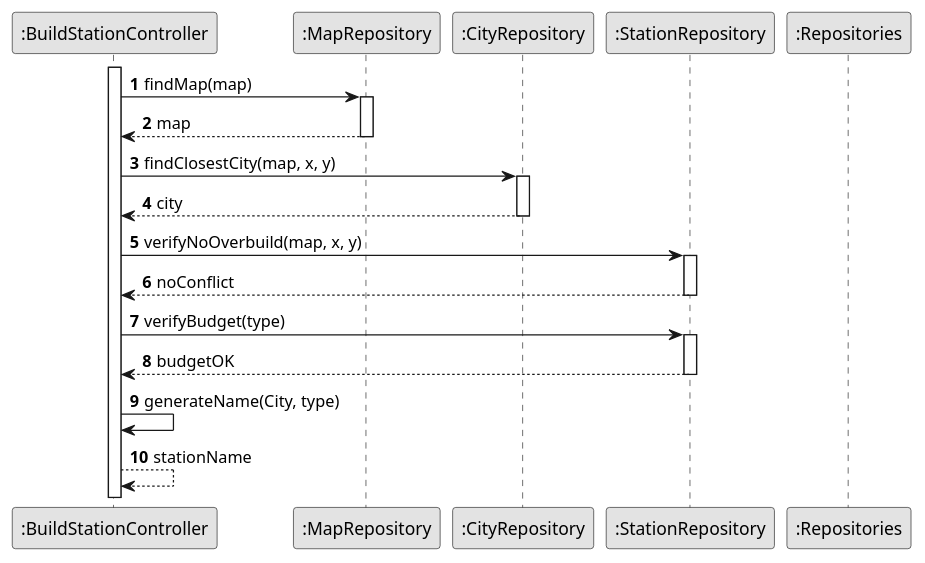
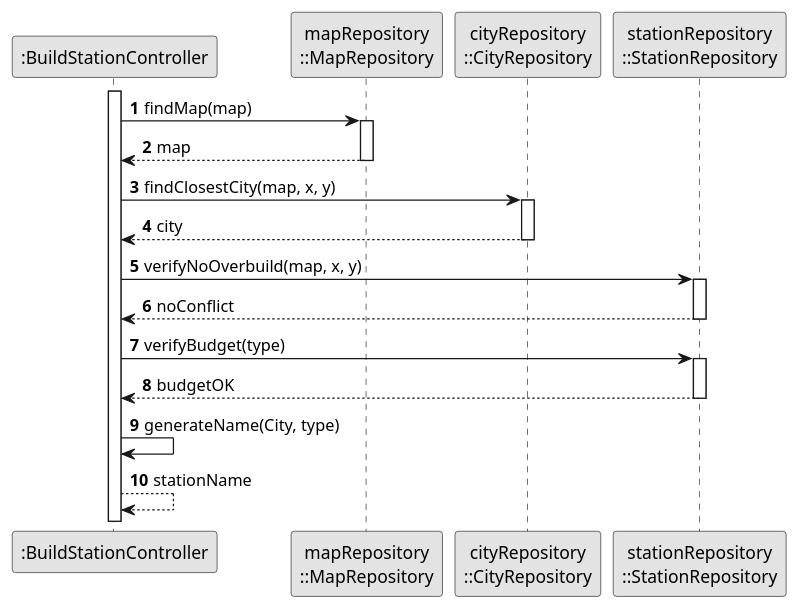
Before and after one commit to goncalolopesp/sem2-pi-24.25-g093-repo: the diagram in docs/system-documentation/US005/03.design/puml/US005-SD-validateAndName.puml, drawn with PlantUML. The commit also changed 11 other files, not shown here.

```diff
--- a/docs/system-documentation/US005/03.design/puml/US005-SD-validateAndName.puml
+++ b/docs/system-documentation/US005/03.design/puml/US005-SD-validateAndName.puml
@@ -1,38 +1,37 @@
 @startuml US005-SD-validateAndName
 skinparam monochrome true
 skinparam packageStyle rectangle
 skinparam shadowing false
 
 autonumber
 participant ":BuildStationController" as BuildController
-participant ":MapRepository" as MapRepo
-participant ":CityRepository" as CityRepo
-participant ":StationRepository" as StationRepo
-participant ":Repositories" as Repositories
+participant "mapRepository\n::MapRepository" as MapRepo
+participant "cityRepository\n::CityRepository" as CityRepo
+participant "stationRepository\n::StationRepository" as StationRepo
 
 activate BuildController
 
 BuildController -> MapRepo : findMap(map)
 activate MapRepo
 MapRepo --> BuildController : map
 deactivate MapRepo
 
 BuildController -> CityRepo : findClosestCity(map, x, y)
 activate CityRepo
 CityRepo --> BuildController : city
 deactivate CityRepo
 
 BuildController -> StationRepo : verifyNoOverbuild(map, x, y)
 activate StationRepo
 StationRepo --> BuildController : noConflict
 deactivate StationRepo
 
 BuildController -> StationRepo : verifyBudget(type)
 activate StationRepo
 StationRepo --> BuildController : budgetOK
 deactivate StationRepo
 
 BuildController -> BuildController : generateName(City, type)
 BuildController --> BuildController : stationName
 
 @enduml
```
